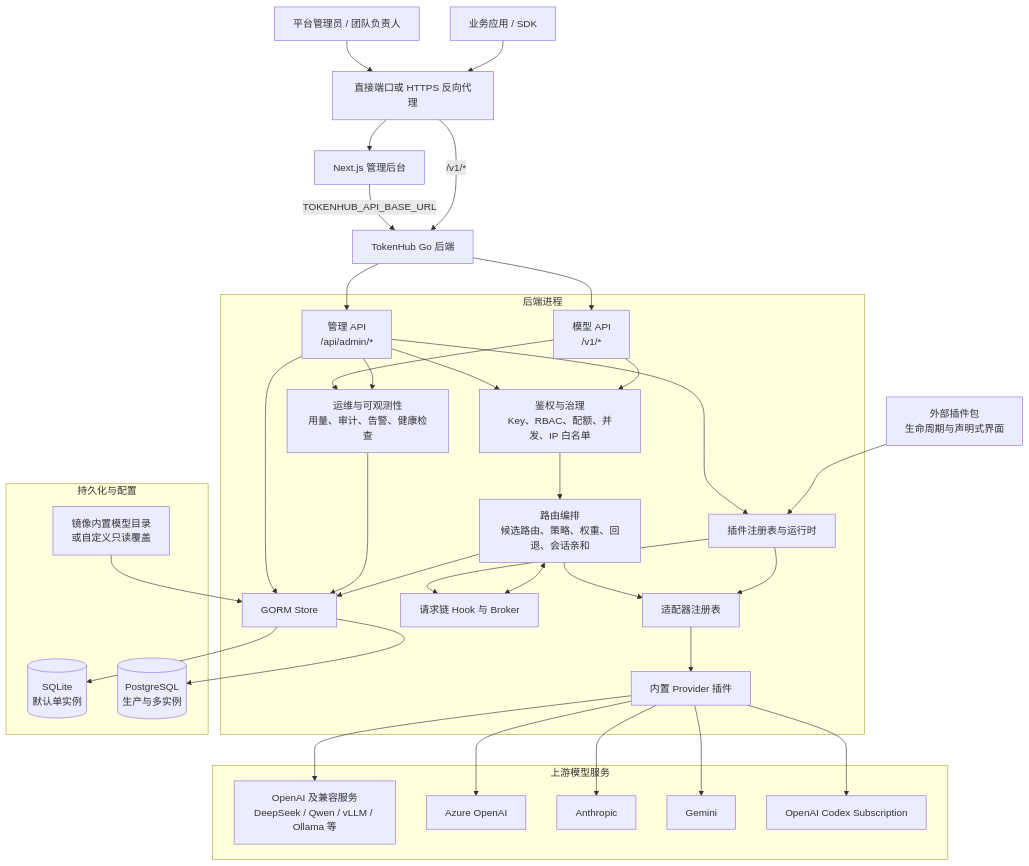
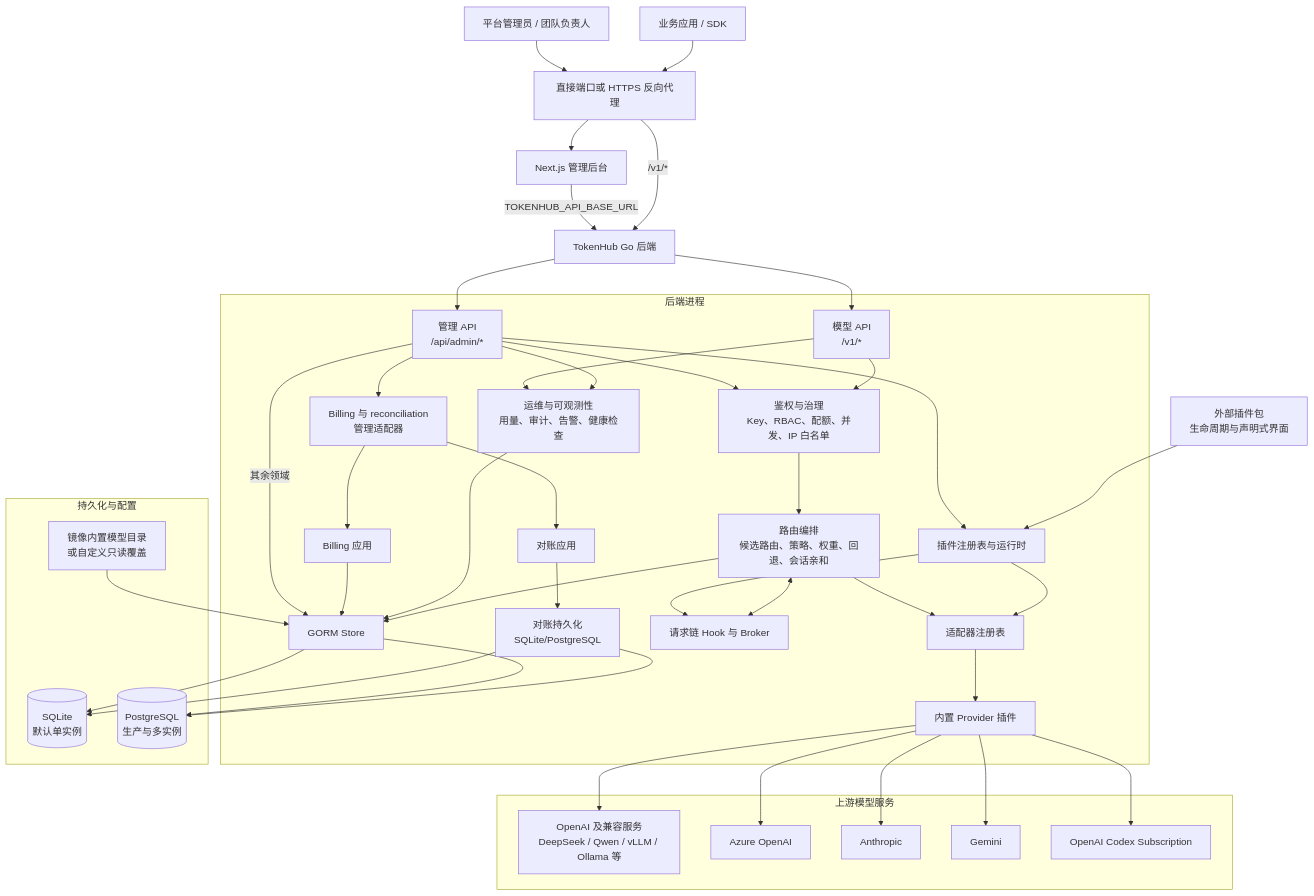
One commit to astaxie/TokenHub changed the first of 3 diagrams in docs/zh-CN/architecture.md. Above: the diagram before and after it, drawn with Mermaid. The commit also changed other lines of this file and 3 other files, not shown here.

Commit message:
docs(architecture): document modular boundaries and migration plan

````diff
--- a/docs/zh-CN/architecture.md
+++ b/docs/zh-CN/architecture.md
@@ -13,64 +13,75 @@
 ```mermaid
 flowchart TB
     admin["平台管理员 / 团队负责人"]
     app["业务应用 / SDK"]
     ingress["直接端口或 HTTPS 反向代理"]
     frontend["Next.js 管理后台"]
     backend["TokenHub Go 后端"]
 
     subgraph backendProcess["后端进程"]
         adminApi["管理 API\n/api/admin/*"]
         modelApi["模型 API\n/v1/*"]
         governance["鉴权与治理\nKey、RBAC、配额、并发、IP 白名单"]
         routing["路由编排\n候选路由、策略、权重、回退、会话亲和"]
+        adminAdapters["Billing 与 reconciliation\n管理适配器"]
+        billing["Billing 应用"]
+        reconciliation["对账应用"]
+        reconciliationPersistence["对账持久化\nSQLite/PostgreSQL"]
         adapters["适配器注册表"]
         builtin["内置 Provider 插件"]
         plugins["插件注册表与运行时"]
         hooks["请求链 Hook 与 Broker"]
         operations["运维与可观测性\n用量、审计、告警、健康检查"]
         store["GORM Store"]
 
         adminApi --> governance
-        adminApi --> store
+        adminApi -->|"其余领域"| store
+        adminApi --> adminAdapters
+        adminAdapters --> billing
+        adminAdapters --> reconciliation
+        billing --> store
+        reconciliation --> reconciliationPersistence
         modelApi --> governance --> routing --> adapters
         modelApi --> operations --> store
         adminApi --> operations
         routing --> store
         adminApi --> plugins
         plugins --> adapters
         adapters --> builtin
         plugins --> hooks
         routing <--> hooks
     end
 
     packages["外部插件包\n生命周期与声明式界面"]
     packages --> plugins
 
     subgraph persistence["持久化与配置"]
         sqlite[("SQLite\n默认单实例")]
         postgres[("PostgreSQL\n生产与多实例")]
         catalog["镜像内置模型目录\n或自定义只读覆盖"]
     end
 
     subgraph upstream["上游模型服务"]
         compatible["OpenAI 及兼容服务\nDeepSeek / Qwen / vLLM / Ollama 等"]
         azure["Azure OpenAI"]
         anthropic["Anthropic"]
         gemini["Gemini"]
         codex["OpenAI Codex Subscription"]
     end
 
     admin --> ingress --> frontend
     frontend -->|"TOKENHUB_API_BASE_URL"| backend
     app --> ingress -->|"/v1/*"| backend
     backend --> adminApi
     backend --> modelApi
     builtin --> compatible
     builtin --> azure
     builtin --> anthropic
     builtin --> gemini
     builtin --> codex
     store --> sqlite
     store --> postgres
+    reconciliationPersistence --> sqlite
+    reconciliationPersistence --> postgres
     catalog --> store
 ```
````
